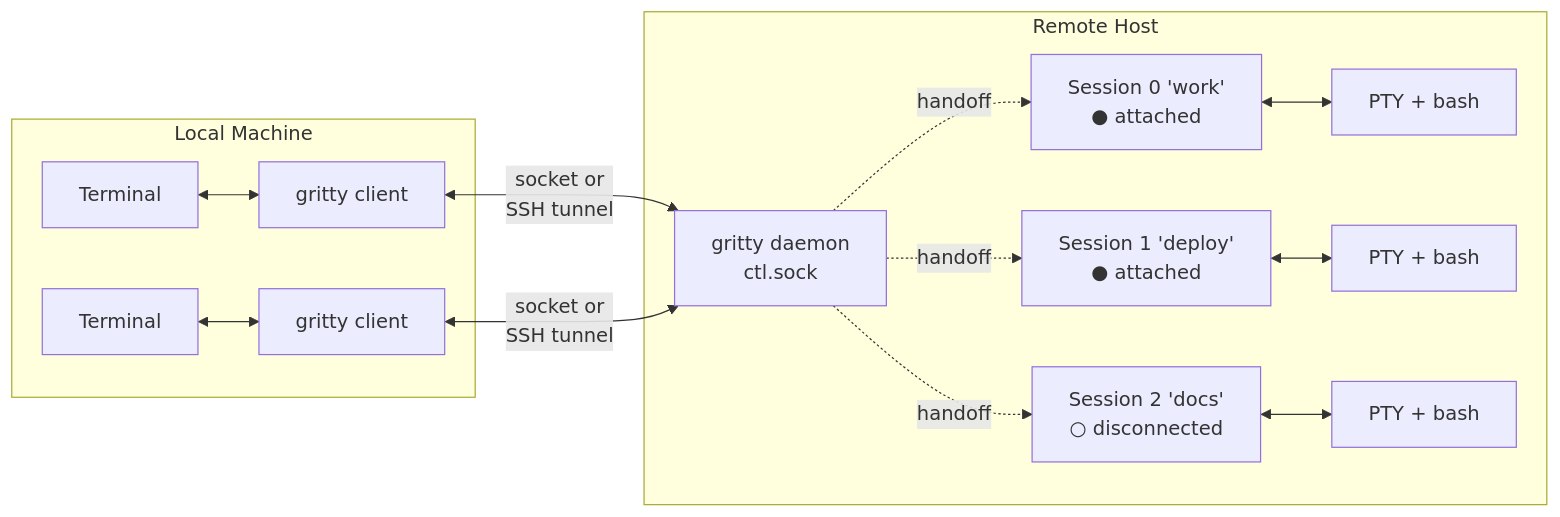
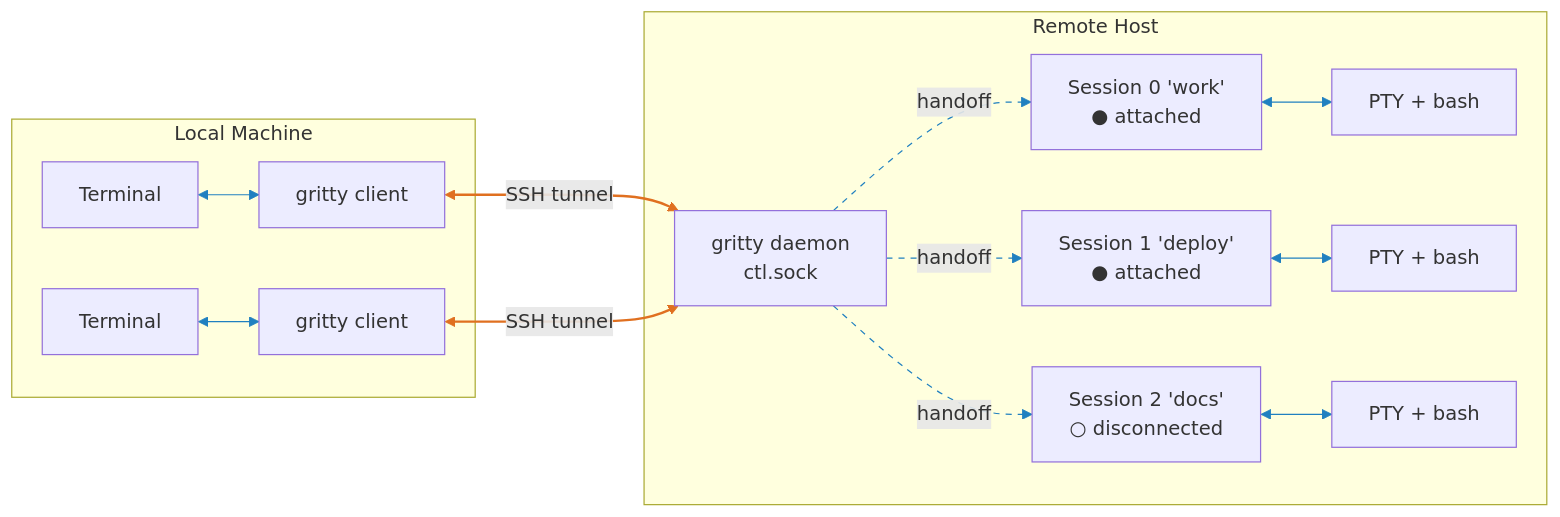
The first of 3 diagrams in README.md (chipturner/gritty), drawn with Mermaid before and after one commit. The commit also changed other lines of this file, not shown here.

First line of the commit message:
docs: color-code tunnel types, simplify forwarding diagram

````diff
--- a/README.md
+++ b/README.md
@@ -140,18 +140,23 @@
 ```mermaid
 flowchart LR
     subgraph local["Local Machine"]
         T1["Terminal"] <--> C1["gritty client"]
         T2["Terminal"] <--> C2["gritty client"]
     end
 
-    C1 <-->|"socket or<br/>SSH tunnel"| D
-    C2 <-->|"socket or<br/>SSH tunnel"| D
+    C1 <-->|"SSH tunnel"| D
+    C2 <-->|"SSH tunnel"| D
 
     subgraph remote["Remote Host"]
         D["gritty daemon<br/>ctl.sock"]
         D -.->|handoff| S0 & S1 & S2
         S0["Session 0 'work'<br/>● attached"] <--> P0["PTY + bash"]
         S1["Session 1 'deploy'<br/>● attached"] <--> P1["PTY + bash"]
         S2["Session 2 'docs'<br/>○ disconnected"] <--> P2["PTY + bash"]
     end
+
+    linkStyle 0,1 stroke:#2080c0
+    linkStyle 2,3 stroke:#e07020,stroke-width:2px
+    linkStyle 4,5,6 stroke:#2080c0,stroke-dasharray:5 5
+    linkStyle 7,8,9 stroke:#2080c0
 ```
````
